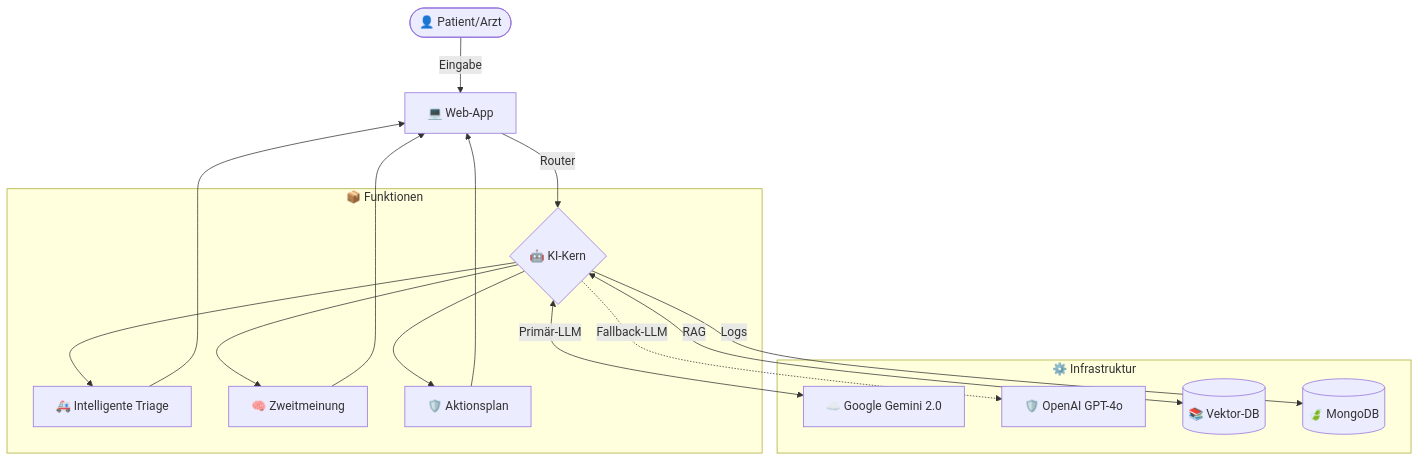
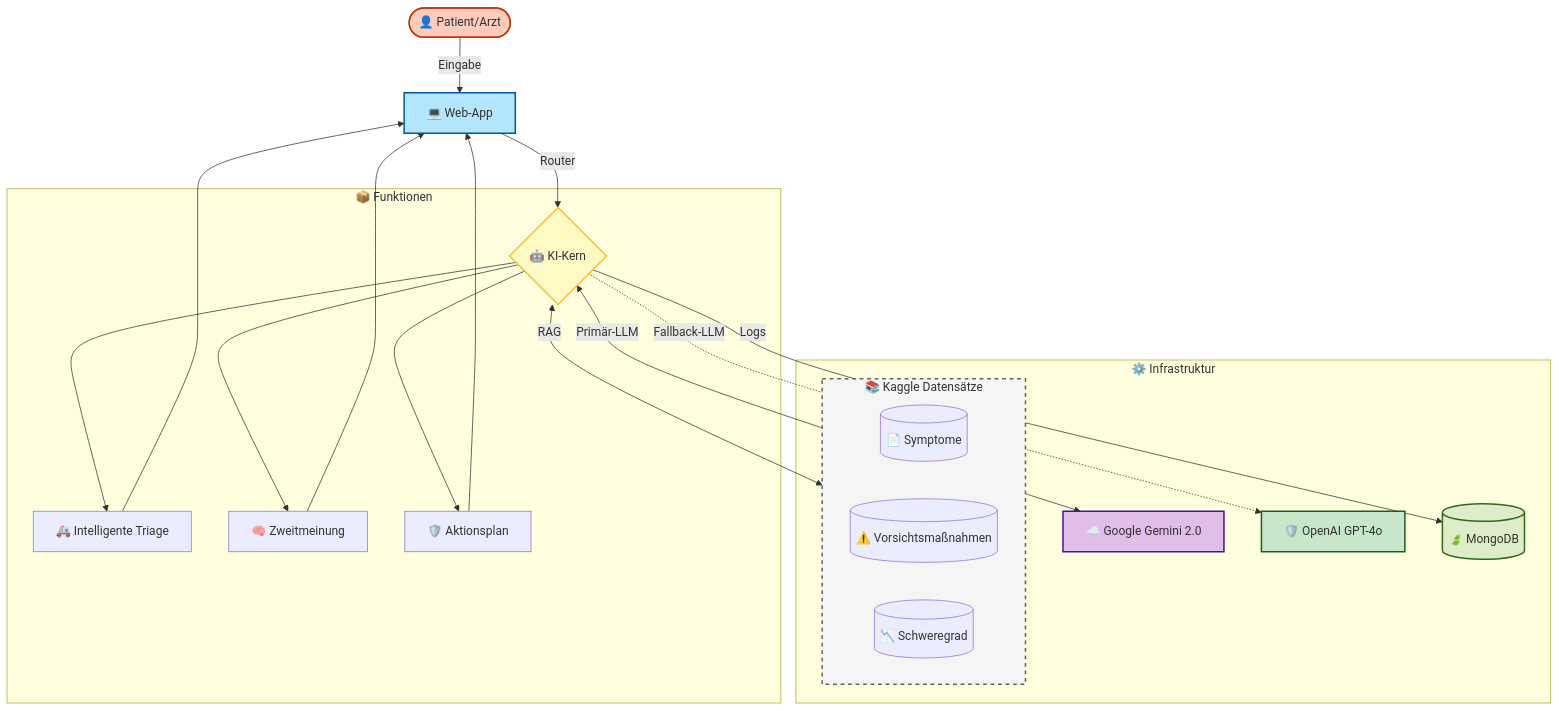
One commit to Adam-Blf/Projet-IA-Generative-Doctis-AI-mo changed the seventh of 8 diagrams in README.md. Above: the diagram before and after it, drawn with Mermaid. The commit also changed other lines of this file, not shown here.

Commit message:
Docs: Update Mermaid diagrams with specific datasets and colors

````diff
--- a/README.md
+++ b/README.md
@@ -492,20 +576,34 @@
 ```mermaid
 graph TD
     User([👤 Patient/Arzt]) -->|Eingabe| UI[💻 Web-App];
     UI -->|Router| Agent{🤖 KI-Kern};
     
     subgraph Modules [📦 Funktionen]
         Agent --> Triage[🚑 Intelligente Triage];
         Agent --> SecondOp[🧠 Zweitmeinung];
         Agent --> Plan[🛡️ Aktionsplan];
     end
 
+    subgraph Data [📚 Kaggle Datensätze]
+        D1[(📄 Symptome)];
+        D2[(⚠️ Vorsichtsmaßnahmen)];
+        D3[(📉 Schweregrad)];
+    end
+
     subgraph Backend [⚙️ Infrastruktur]
         Agent <-->|Primär-LLM| Gemini[☁️ Google Gemini 2.0];
         Agent -.->|Fallback-LLM| GPT[🛡️ OpenAI GPT-4o];
-        Agent <-->|RAG| DB[(📚 Vektor-DB)];
+        Agent <-->|RAG| Data;
         Agent -->|Logs| Mongo[(🍃 MongoDB)];
     end
     
     Triage & SecondOp & Plan --> UI;
+    
+    style User fill:#ffccbc,stroke:#bf360c,stroke-width:2px;
+    style UI fill:#b3e5fc,stroke:#01579b,stroke-width:2px;
+    style Agent fill:#fff9c4,stroke:#fbc02d,stroke-width:2px;
+    style Gemini fill:#e1bee7,stroke:#4a148c,stroke-width:2px;
+    style GPT fill:#c8e6c9,stroke:#1b5e20,stroke-width:2px;
+    style Mongo fill:#dcedc8,stroke:#33691e,stroke-width:2px;
+    style Data fill:#f5f5f5,stroke:#616161,stroke-width:2px,stroke-dasharray: 5 5;
 ```
````
